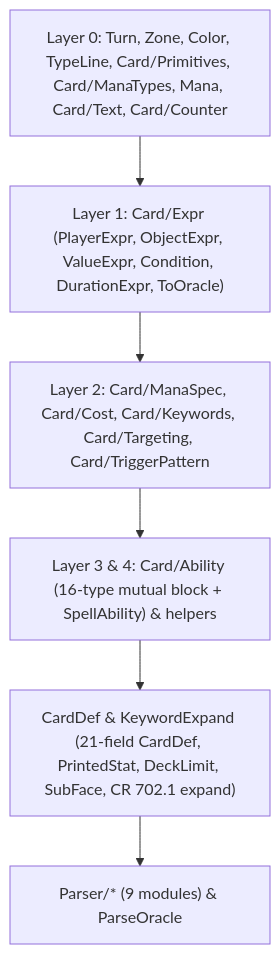
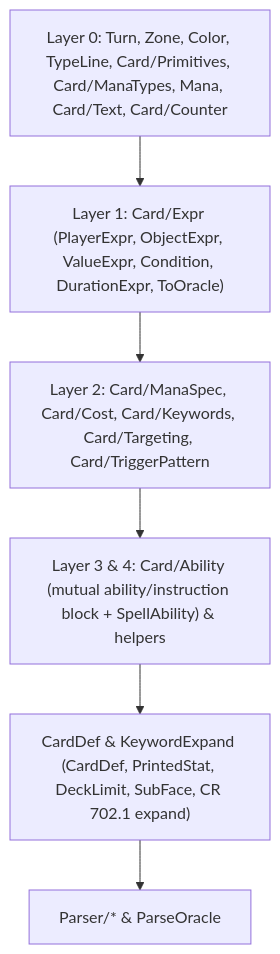
Before and after one commit to IharBury/mtg: the diagram in docs/card-and-ability-model.md, drawn with Mermaid. The commit also changed other lines of this file and 5 other files, not shown here.

````diff
--- a/docs/card-and-ability-model.md
+++ b/docs/card-and-ability-model.md
@@ -11,10 +11,10 @@
 ```mermaid
 flowchart TD
     L0["Layer 0: Turn, Zone, Color, TypeLine, Card/Primitives, Card/ManaTypes, Mana, Card/Text, Card/Counter"]
     L1["Layer 1: Card/Expr (PlayerExpr, ObjectExpr, ValueExpr, Condition, DurationExpr, ToOracle)"]
     L2["Layer 2: Card/ManaSpec, Card/Cost, Card/Keywords, Card/Targeting, Card/TriggerPattern"]
-    L3["Layer 3 & 4: Card/Ability (16-type mutual block + SpellAbility) & helpers"]
-    L4["CardDef & KeywordExpand (21-field CardDef, PrintedStat, DeckLimit, SubFace, CR 702.1 expand)"]
-    P["Parser/* (9 modules) & ParseOracle"]
+    L3["Layer 3 & 4: Card/Ability (mutual ability/instruction block + SpellAbility) & helpers"]
+    L4["CardDef & KeywordExpand (CardDef, PrintedStat, DeckLimit, SubFace, CR 702.1 expand)"]
+    P["Parser/* & ParseOracle"]
     L0 --> L1 --> L2 --> L3 --> L4 --> P
 ```
````
